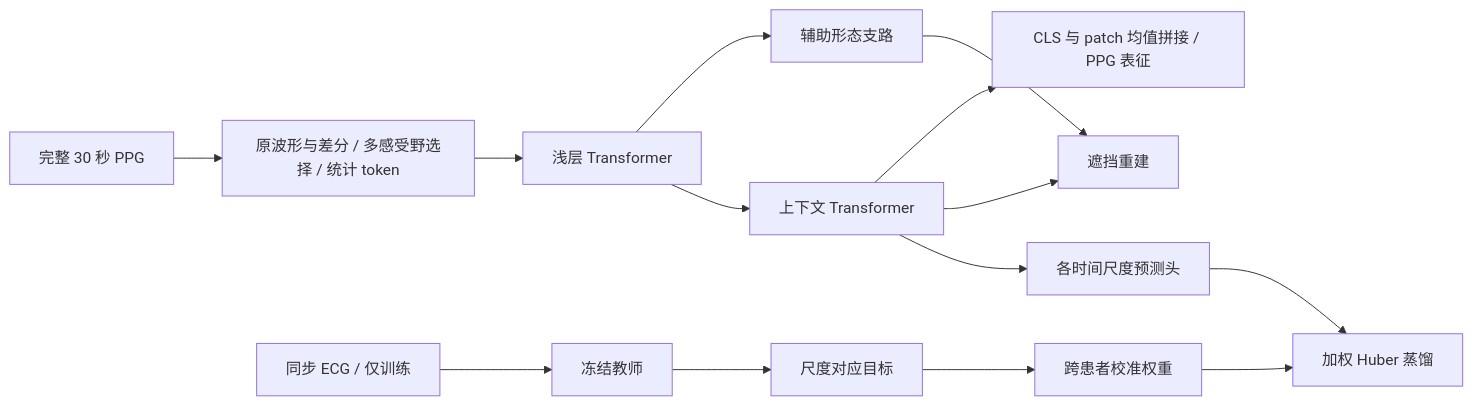
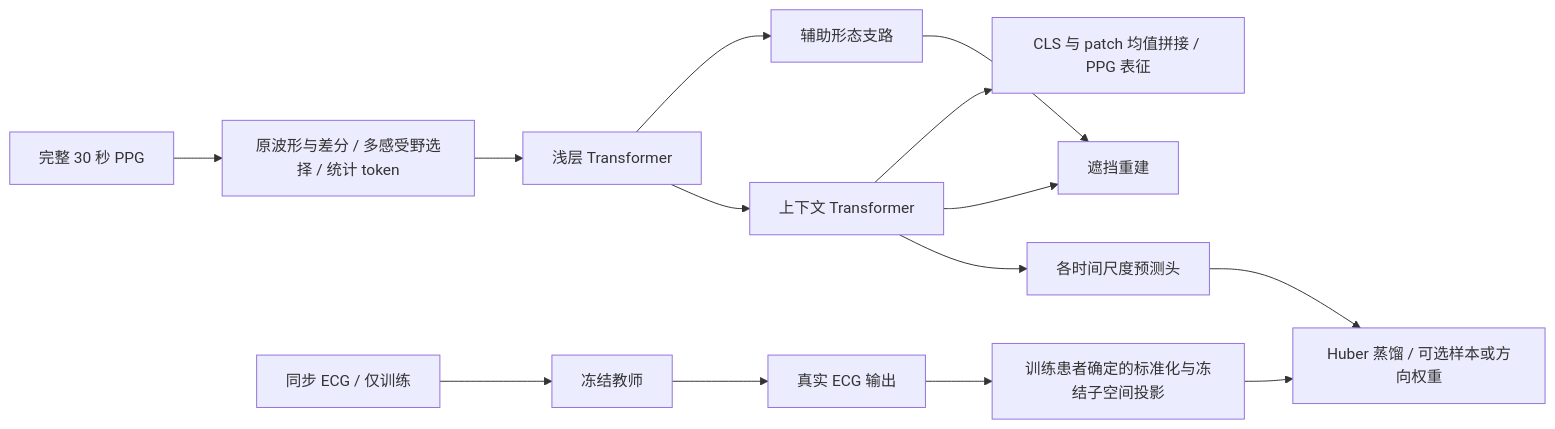
Before and after one commit to goddream66/TempoBridge-COSD: the diagram in README.md, drawn with Mermaid. The commit also changed other lines of this file and 40 other files, not shown here.

````diff
--- a/README.md
+++ b/README.md
@@ -16,16 +17,16 @@
 ```mermaid
 flowchart LR
     X[完整 30 秒 PPG] --> P[原波形与差分 / 多感受野选择 / 统计 token]
     P --> S[浅层 Transformer]
     S --> M[辅助形态支路]
     S --> C[上下文 Transformer]
     C --> Z[CLS 与 patch 均值拼接 / PPG 表征]
     M --> R[遮挡重建]
     C --> R
     C --> H[各时间尺度预测头]
     E[同步 ECG / 仅训练] --> T[冻结教师]
-    T --> K[尺度对应目标]
-    K --> W[跨患者校准权重]
-    W --> L[加权 Huber 蒸馏]
+    T --> K[真实 ECG 输出]
+    K --> W[训练患者确定的标准化与冻结子空间投影]
+    W --> L[Huber 蒸馏 / 可选样本或方向权重]
     H --> L
 ```
````
